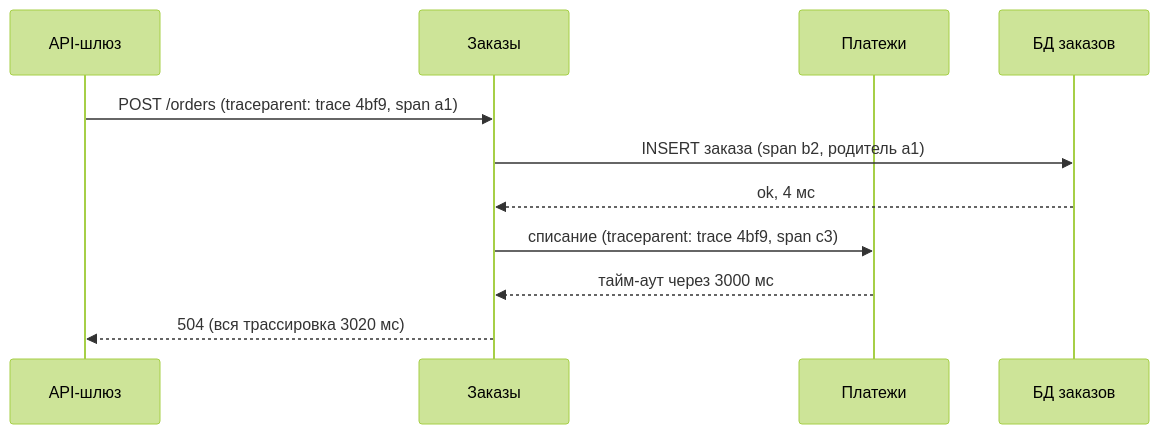
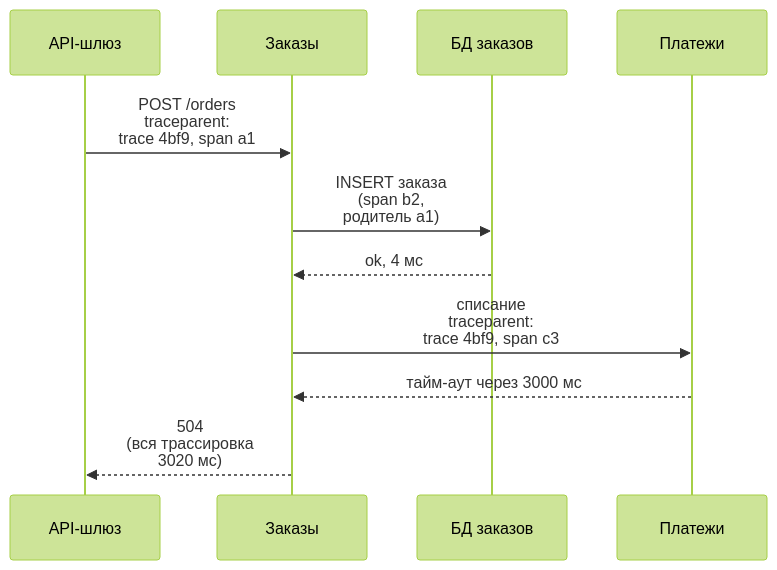
One commit to butyavk/system-design changed the diagram in src/content/docs/ru/reliability/observability.mdx. Above: the diagram before and after it, drawn with Mermaid (forest theme). The commit also changed other lines of this file and 144 other files, not shown here.

````diff
--- a/src/content/docs/ru/reliability/observability.mdx
+++ b/src/content/docs/ru/reliability/observability.mdx
@@ -71,13 +71,13 @@
 ```mermaid
 sequenceDiagram
   participant GW as API-шлюз
   participant O as Заказы
+  participant DB as БД заказов
   participant P as Платежи
-  participant DB as БД заказов
-  GW->>O: POST /orders (traceparent: trace 4bf9, span a1)
-  O->>DB: INSERT заказа (span b2, родитель a1)
+  GW->>O: POST /orders<br/>traceparent:<br/>trace 4bf9, span a1
+  O->>DB: INSERT заказа<br/>(span b2,<br/>родитель a1)
   DB-->>O: ok, 4 мс
-  O->>P: списание (traceparent: trace 4bf9, span c3)
+  O->>P: списание<br/>traceparent:<br/>trace 4bf9, span c3
   P-->>O: тайм-аут через 3000 мс
-  O-->>GW: 504 (вся трассировка 3020 мс)
+  O-->>GW: 504<br/>(вся трассировка<br/>3020 мс)
 ```
````
